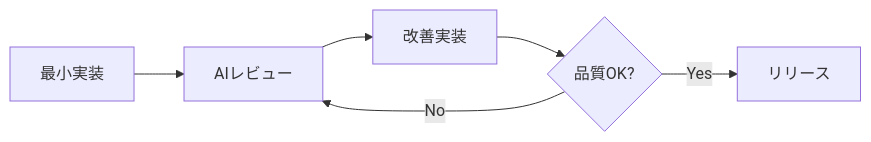
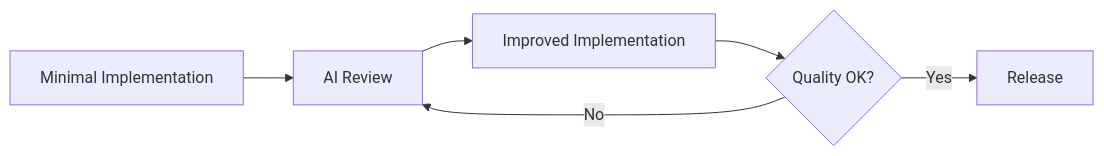
Before and after one commit to r0227n/flutter_template_project: the second of 2 diagrams in CLAUDE.md, drawn with Mermaid. The commit also changed other lines of this file and 2 other files, not shown here.

````diff
--- a/CLAUDE.md
+++ b/CLAUDE.md
@@ -512,8 +507,8 @@
 ```mermaid
 flowchart LR
-    A[最小実装] --> B[AIレビュー]
-    B --> C[改善実装]
-    C --> D{品質OK?}
+    A[Minimal Implementation] --> B[AI Review]
+    B --> C[Improved Implementation]
+    C --> D{Quality OK?}
     D -->|No| B
-    D -->|Yes| E[リリース]
+    D -->|Yes| E[Release]
 ```
````
